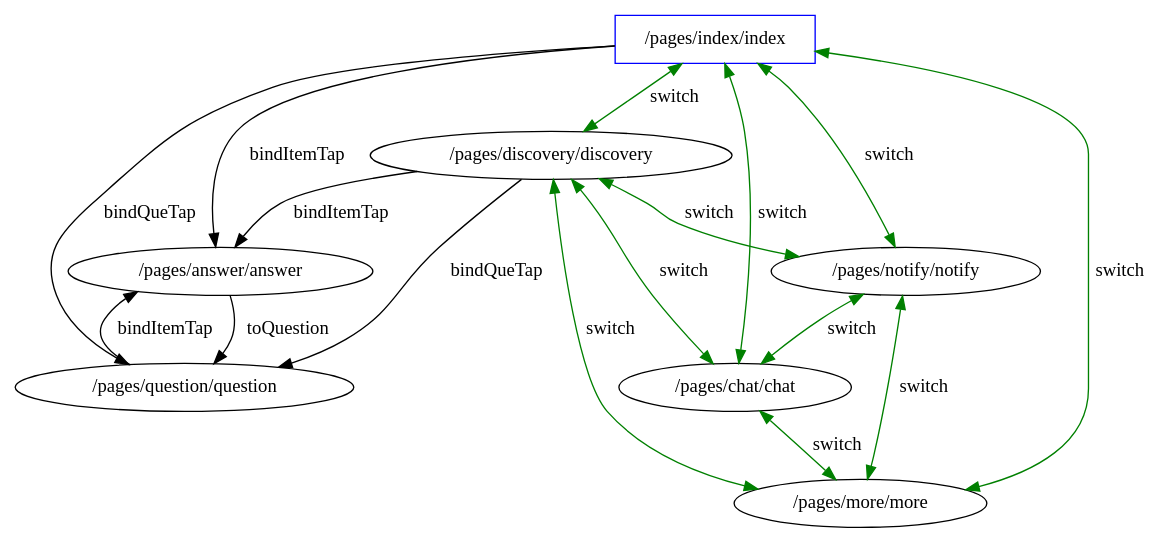
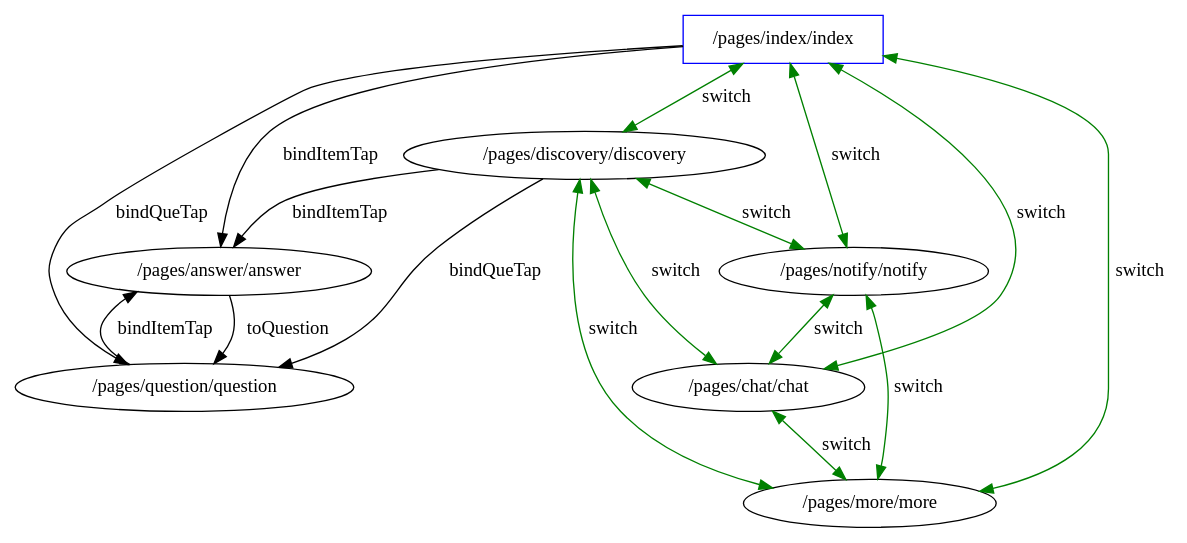
Before and after one commit to ppproxy/app-in-app-analysis: the diagram in graph/weapp-wechat-zhihu-table.gv, drawn with Graphviz. The commit also changed other lines of this file and 9 other files, not shown here.

```diff
--- a/graph/weapp-wechat-zhihu-table.gv
+++ b/graph/weapp-wechat-zhihu-table.gv
@@ -1,26 +1,26 @@
 // UI State Transfer Diagram
 digraph {
 	"/pages/answer/answer" [label="/pages/answer/answer"]
-	"/pages/question/question" [label="/pages/question/question"]
-	"/pages/index/index" [label="/pages/index/index" color=blue shape=rectangle]
-	"/pages/notify/notify" [label="/pages/notify/notify"]
-	"/pages/discovery/discovery" [label="/pages/discovery/discovery"]
 	"/pages/chat/chat" [label="/pages/chat/chat"]
 	"/pages/more/more" [label="/pages/more/more"]
+	"/pages/notify/notify" [label="/pages/notify/notify"]
+	"/pages/index/index" [label="/pages/index/index" color=blue shape=rectangle]
+	"/pages/question/question" [label="/pages/question/question"]
+	"/pages/discovery/discovery" [label="/pages/discovery/discovery"]
 	"/pages/index/index" -> "/pages/discovery/discovery" [label=switch color=green dir=both]
 	"/pages/index/index" -> "/pages/notify/notify" [label=switch color=green dir=both]
 	"/pages/index/index" -> "/pages/chat/chat" [label=switch color=green dir=both]
 	"/pages/index/index" -> "/pages/more/more" [label=switch color=green dir=both]
 	"/pages/discovery/discovery" -> "/pages/notify/notify" [label=switch color=green dir=both]
 	"/pages/discovery/discovery" -> "/pages/chat/chat" [label=switch color=green dir=both]
 	"/pages/discovery/discovery" -> "/pages/more/more" [label=switch color=green dir=both]
 	"/pages/notify/notify" -> "/pages/chat/chat" [label=switch color=green dir=both]
 	"/pages/notify/notify" -> "/pages/more/more" [label=switch color=green dir=both]
 	"/pages/chat/chat" -> "/pages/more/more" [label=switch color=green dir=both]
+	"/pages/index/index" -> "/pages/answer/answer" [label=bindItemTap]
 	"/pages/index/index" -> "/pages/question/question" [label=bindQueTap]
-	"/pages/index/index" -> "/pages/answer/answer" [label=bindItemTap]
+	"/pages/discovery/discovery" -> "/pages/answer/answer" [label=bindItemTap]
 	"/pages/discovery/discovery" -> "/pages/question/question" [label=bindQueTap]
-	"/pages/discovery/discovery" -> "/pages/answer/answer" [label=bindItemTap]
 	"/pages/answer/answer" -> "/pages/question/question" [label=toQuestion]
 	"/pages/question/question" -> "/pages/answer/answer" [label=bindItemTap]
 }
```
